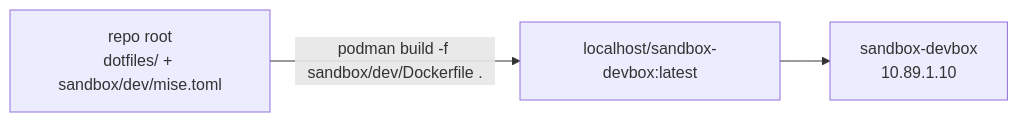
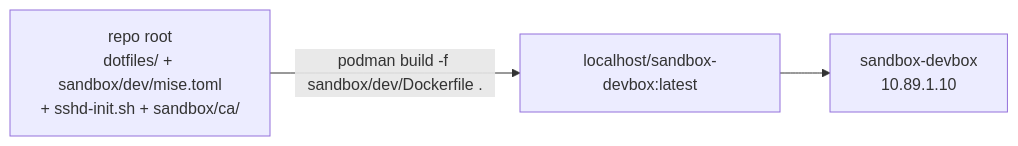
One commit to TreeHappy/Worktainer changed the diagram in sandbox/dev/README.md. Above: the diagram before and after it, drawn with Mermaid. The commit also changed other lines of this file and 7 other files, not shown here.

````diff
--- a/sandbox/dev/README.md
+++ b/sandbox/dev/README.md
@@ -11,5 +11,5 @@
 ```mermaid
 flowchart LR
-    DOT["repo root<br/>dotfiles/ + sandbox/dev/mise.toml"] -->|"podman build -f sandbox/dev/Dockerfile ."| IMG["localhost/sandbox-devbox:latest"]
+    DOT["repo root<br/>dotfiles/ + sandbox/dev/mise.toml<br/>+ sshd-init.sh + sandbox/ca/"] -->|"podman build -f sandbox/dev/Dockerfile ."| IMG["localhost/sandbox-devbox:latest"]
     IMG --> BOX["sandbox-devbox<br/>10.89.1.10"]
 ```
````
